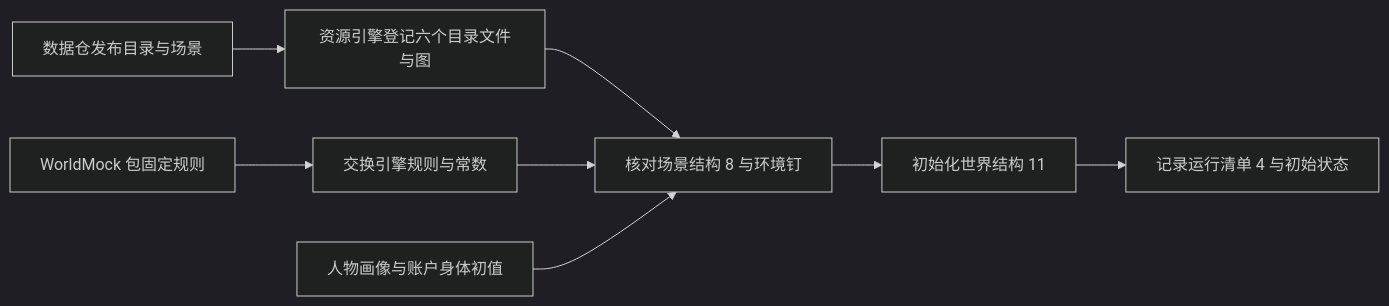
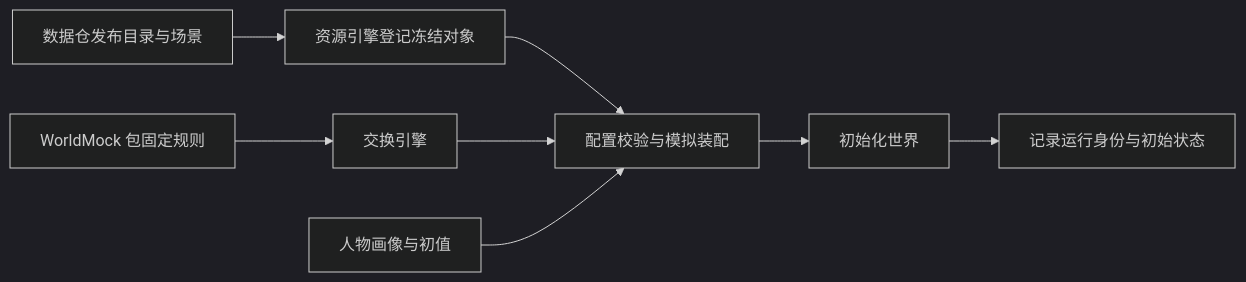
The second of 5 diagrams in docs/design/01-architecture.md (HoldThatThgt/WorldMock), drawn with Mermaid (dark theme) before and after one commit. The commit also changed other lines of this file and 875 other files, not shown here.

````diff
--- a/docs/design/01-architecture.md
+++ b/docs/design/01-architecture.md
@@ -121,10 +90,10 @@
 ```mermaid
 flowchart LR
-    D[数据仓发布目录与场景] --> R[资源引擎登记六个目录文件与图]
-    P[WorldMock 包固定规则] --> X[交换引擎规则与常数]
-    R --> S[核对场景结构 8 与环境钉]
+    D[数据仓发布目录与场景] --> R[资源引擎登记冻结对象]
+    P[WorldMock 包固定规则] --> X[交换引擎]
+    R --> S[配置校验与模拟装配]
     X --> S
-    A[人物画像与账户身体初值] --> S
-    S --> W[初始化世界结构 11]
-    W --> F[记录运行清单 4 与初始状态]
+    A[人物画像与初值] --> S
+    S --> W[初始化世界]
+    W --> F[记录运行身份与初始状态]
 ```
````
